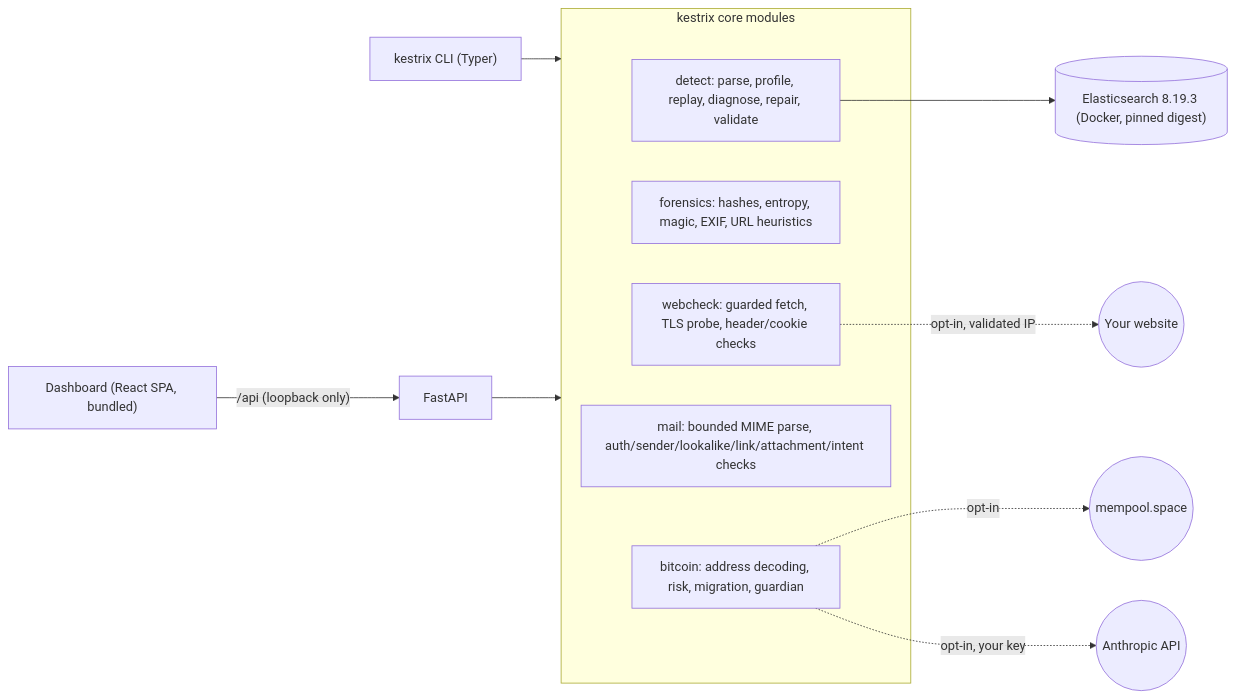
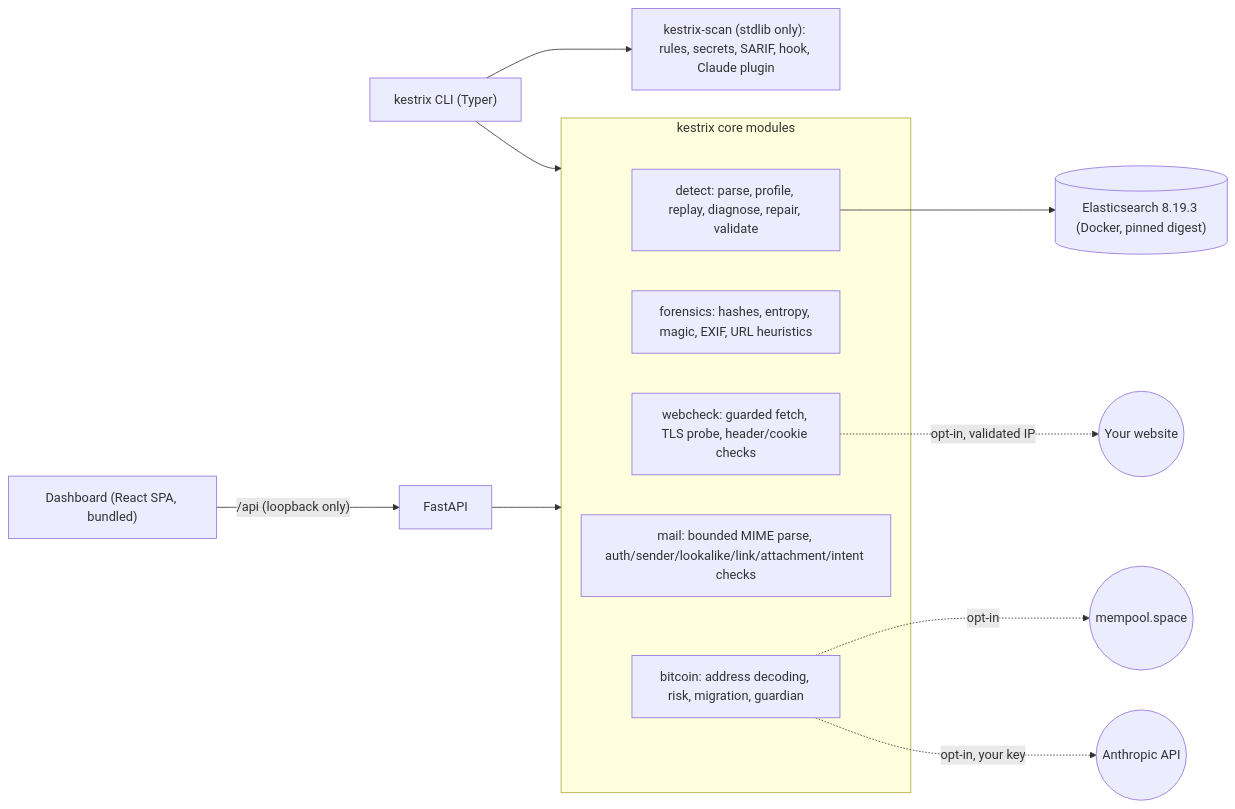
One commit to Ruthvik-Bandari/kestrix changed the diagram in README.md. Above: the diagram before and after it, drawn with Mermaid. The commit also changed other lines of this file and 7 other files, not shown here.

First line of the commit message:
Docs: lead with kestrix-scan; config, init, pre-commit, pytest and plugin docs; changelogs

````diff
--- a/README.md
+++ b/README.md
@@ -333,17 +368,18 @@
 ```mermaid
 flowchart LR
   CLI["kestrix CLI (Typer)"] --> Core
+  CLI --> Scan["kestrix-scan (stdlib only): rules, secrets, SARIF, hook, Claude plugin"]
   UI["Dashboard (React SPA, bundled)"] -->|"/api (loopback only)"| API["FastAPI"]
   API --> Core
   subgraph Core["kestrix core modules"]
     D["detect: parse, profile, replay, diagnose, repair, validate"]
     F["forensics: hashes, entropy, magic, EXIF, URL heuristics"]
     W["webcheck: guarded fetch, TLS probe, header/cookie checks"]
     M["mail: bounded MIME parse, auth/sender/lookalike/link/attachment/intent checks"]
     B["bitcoin: address decoding, risk, migration, guardian"]
   end
   D --> ES[("Elasticsearch 8.19.3 (Docker, pinned digest)")]
   W -.->|"opt-in, validated IP"| Internet((Your website))
   B -.->|"opt-in"| Mempool((mempool.space))
   B -.->|"opt-in, your key"| Claude((Anthropic API))
 ```
````
